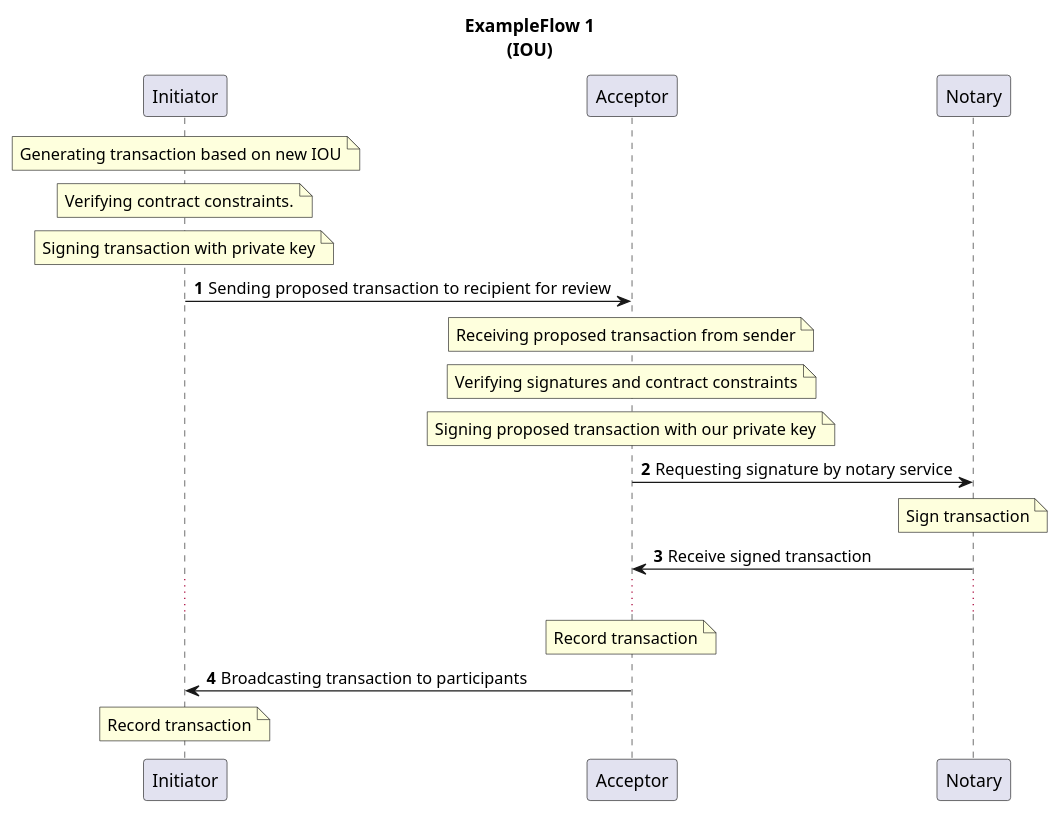
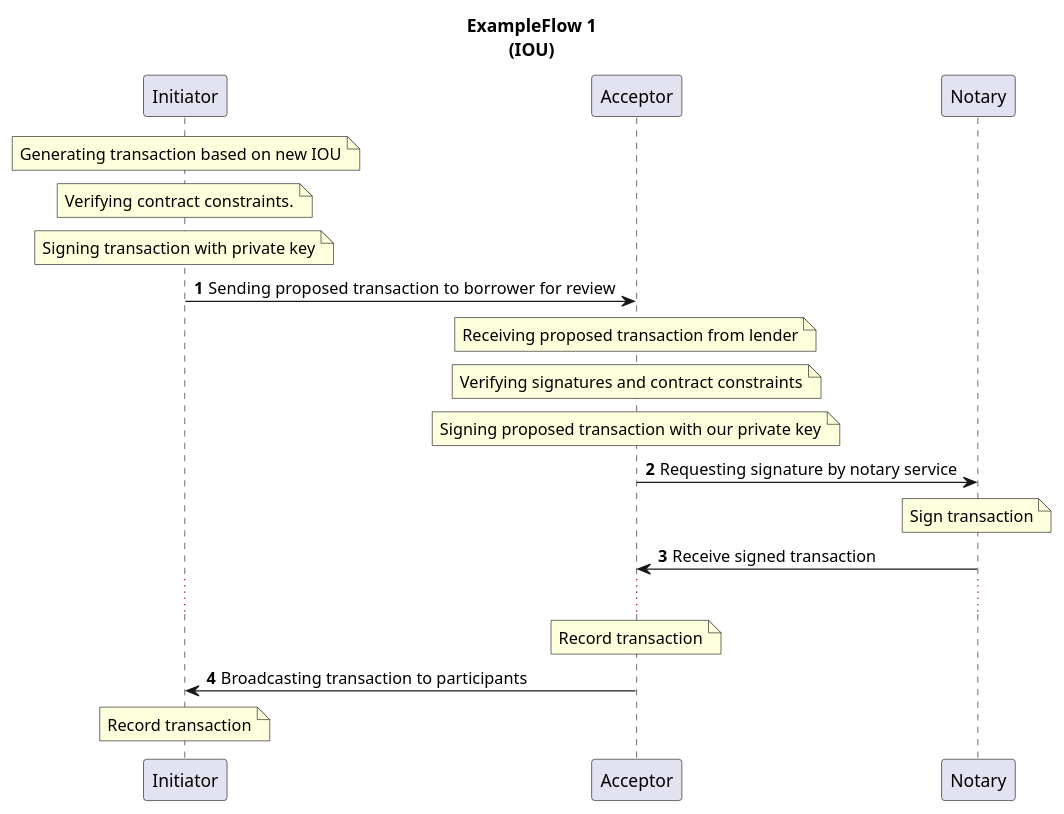
The diagram in doc/example_flow.plantuml (R3-Archive/cordapp-example), drawn with PlantUML before and after one commit. The commit also changed 14 other files, not shown here.

```diff
--- a/doc/example_flow.plantuml
+++ b/doc/example_flow.plantuml
@@ -1,23 +1,23 @@
 @startuml
 participant Initiator
 participant Acceptor
 participant Notary
 title ExampleFlow 1\n(IOU)
 
 autonumber
 
 note over Initiator : Generating transaction based on new IOU
 note over Initiator : Verifying contract constraints.
 note over Initiator : Signing transaction with private key
-Initiator -> Acceptor : Sending proposed transaction to recipient for review
-note over Acceptor : Receiving proposed transaction from sender
+Initiator -> Acceptor : Sending proposed transaction to borrower for review
+note over Acceptor : Receiving proposed transaction from lender
 note over Acceptor : Verifying signatures and contract constraints
 note over Acceptor : Signing proposed transaction with our private key
 Acceptor -> Notary : Requesting signature by notary service
 note over Notary : Sign transaction
 Acceptor <- Notary: Receive signed transaction
 ...
 note over Acceptor : Record transaction
 Initiator <- Acceptor : Broadcasting transaction to participants
 note over Initiator : Record transaction
 @enduml
```
